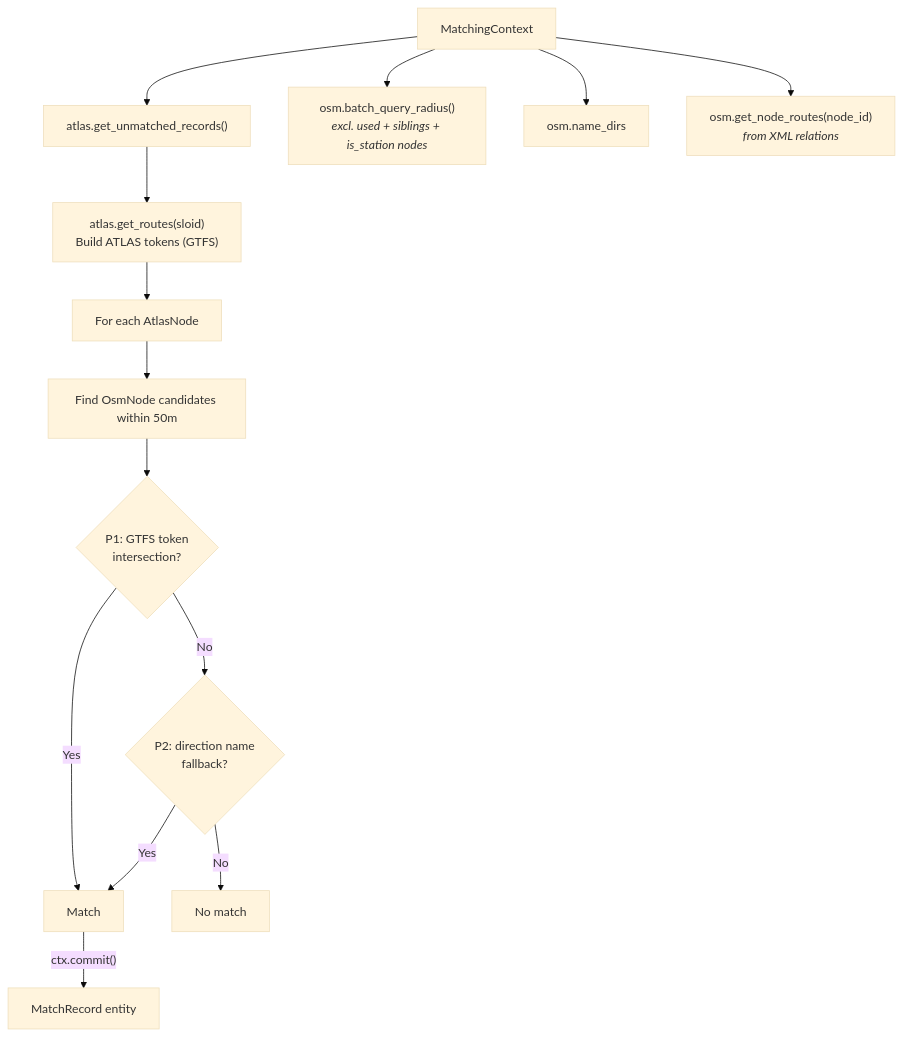
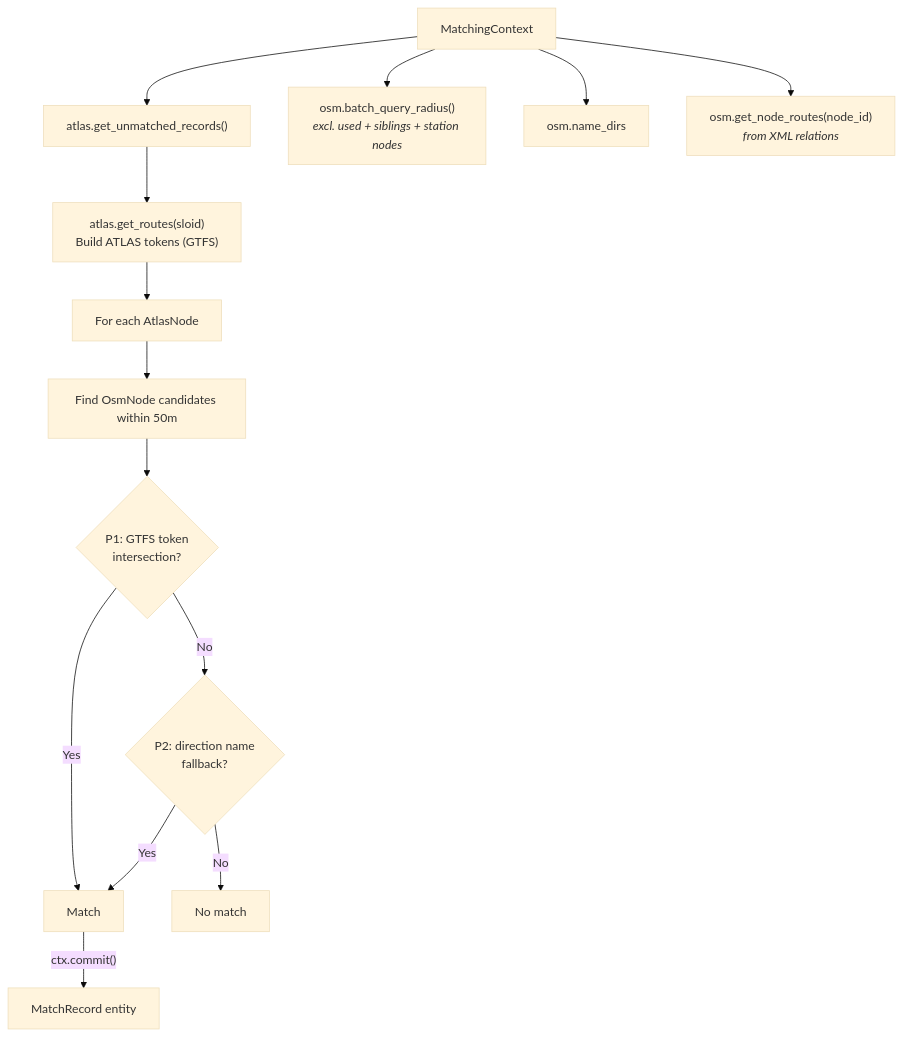
The diagram in documentation/2.4 Stop-stop matching using routes.md (openTdataCH/stop_sync_osm_atlas), drawn with Mermaid (base theme) before and after one commit. The commit also changed other lines of this file and 6 other files, not shown here.

````diff
--- a/documentation/2.4 Stop-stop matching using routes.md
+++ b/documentation/2.4 Stop-stop matching using routes.md
@@ -5,17 +5,17 @@
 ```mermaid
 flowchart TB
     CTX["MatchingContext"] --> UA["atlas.get_unmatched_records()"]
-    CTX --> OSM["osm.batch_query_radius()<br/><i>excl. used + siblings + is_station nodes</i>"]
+    CTX --> OSM["osm.batch_query_radius()<br/><i>excl. used + siblings + station nodes</i>"]
     CTX --> DIRS["osm.name_dirs"]
     CTX --> NR["osm.get_node_routes(node_id)<br/><i>from XML relations</i>"]
 
     UA --> T["atlas.get_routes(sloid)<br/>Build ATLAS tokens (GTFS)"]
     T --> LOOP["For each AtlasNode"]
     LOOP --> C["Find OsmNode candidates within 50m"]
     C --> P1{"P1: GTFS token<br/>intersection?"}
     P1 -->|Yes| M["Match"]
     P1 -->|No| P2{"P2: direction name<br/>fallback?"}
     P2 -->|Yes| M
     P2 -->|No| X["No match"]
     M -->|"ctx.commit()"| OUT["MatchRecord entity"]
 ```
````
